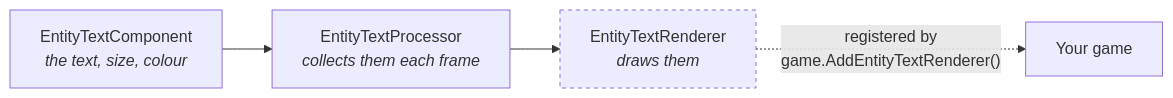
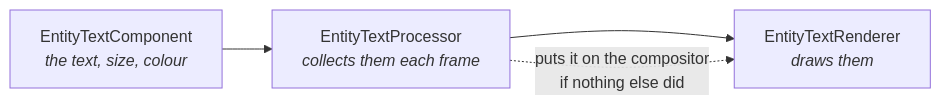
The diagram in docs/manual/game-studio.md (VaclavElias/stride-community-toolkit), drawn with Mermaid before and after one commit. The commit also changed other lines of this file and 289 other files, not shown here.

````diff
--- a/docs/manual/game-studio.md
+++ b/docs/manual/game-studio.md
@@ -16,7 +15,6 @@
 ```mermaid
 graph LR
     C["EntityTextComponent<br/><i>the text, size, colour</i>"] --> P["EntityTextProcessor<br/><i>collects them each frame</i>"]
     P --> R["EntityTextRenderer<br/><i>draws them</i>"]
-    R -. "registered by<br/>game.AddEntityTextRenderer()" .-> G[Your game]
-    style R stroke-dasharray: 4 4
+    P -. "puts it on the compositor<br/>if nothing else did" .-> R
 ```
````
